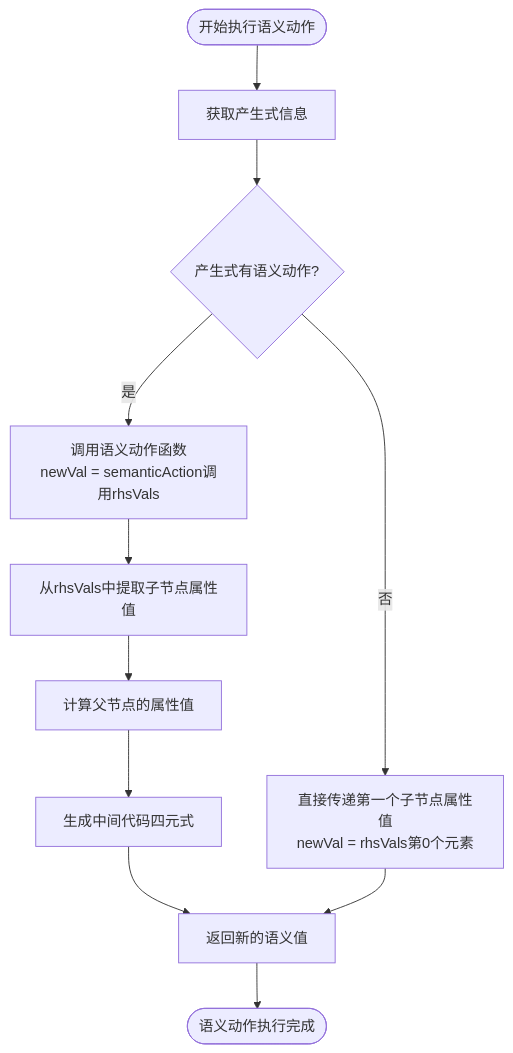
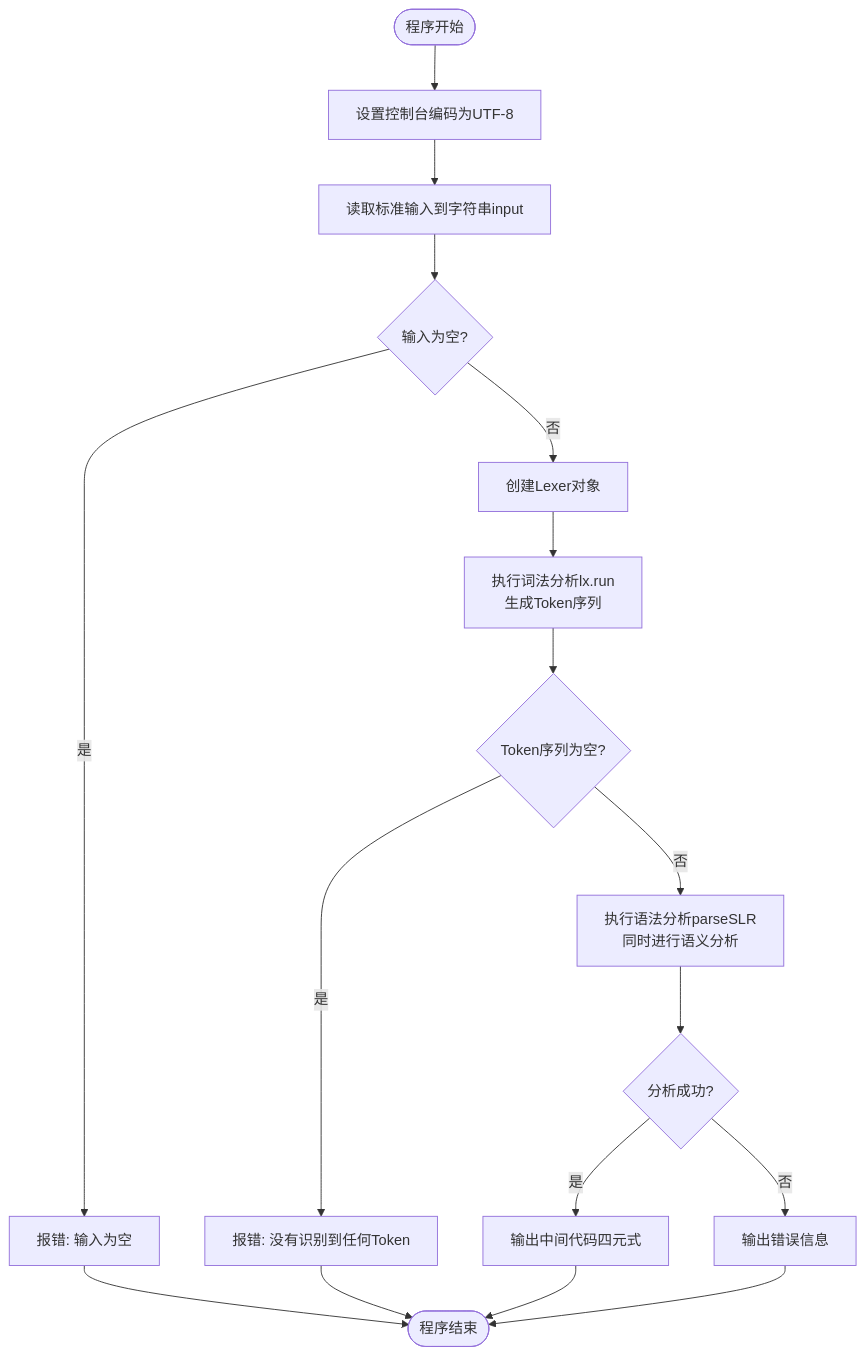
The first of 3 diagrams in README.md (zhengky-paper-account/-CF-OF-), drawn with Mermaid before and after one commit. The commit also changed other lines of this file, not shown here.

````diff
--- a/README.md
+++ b/README.md
@@ -21,13 +21,19 @@
 ```mermaid
 flowchart TD
-    开始([开始执行语义动作]) --> 获取产生式[获取产生式信息]
-    获取产生式 --> 检查语义动作{产生式有语义动作?}
-    检查语义动作 -->|否| 直接传递[直接传递第一个子节点属性值<br/>newVal = rhsVals第0个元素]
-    检查语义动作 -->|是| 调用语义函数[调用语义动作函数<br/>newVal = semanticAction调用rhsVals]
-    调用语义函数 --> 提取属性值[从rhsVals中提取子节点属性值]
-    提取属性值 --> 计算属性值[计算父节点的属性值]
-    计算属性值 --> 生成中间代码[生成中间代码四元式]
-    生成中间代码 --> 返回结果[返回新的语义值]
-    直接传递 --> 返回结果
-    返回结果 --> 结束([语义动作执行完成])
+    开始([程序开始]) --> 初始化编码[设置控制台编码为UTF-8]
+    初始化编码 --> 读取输入[读取标准输入到字符串input]
+    读取输入 --> 检查输入{输入为空?}
+    检查输入 -->|是| 报错输入为空[报错: 输入为空]
+    检查输入 -->|否| 创建词法分析器[创建Lexer对象]
+    创建词法分析器 --> 执行词法分析[执行词法分析lx.run<br/>生成Token序列]
+    执行词法分析 --> 检查Token{Token序列为空?}
+    检查Token -->|是| 报错无Token[报错: 没有识别到任何Token]
+    检查Token -->|否| 执行语法分析[执行语法分析parseSLR<br/>同时进行语义分析]
+    执行语法分析 --> 检查结果{分析成功?}
+    检查结果 -->|是| 输出中间代码[输出中间代码四元式]
+    检查结果 -->|否| 输出错误信息[输出错误信息]
+    输出中间代码 --> 结束([程序结束])
+    输出错误信息 --> 结束
+    报错输入为空 --> 结束
+    报错无Token --> 结束
 ```
````
